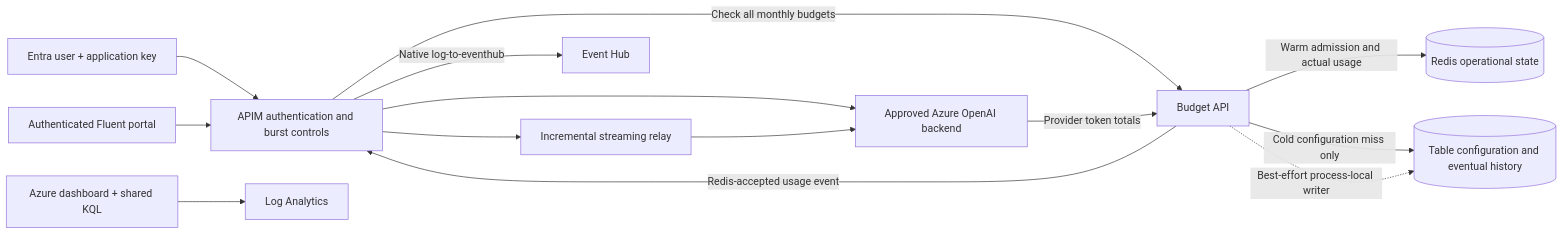
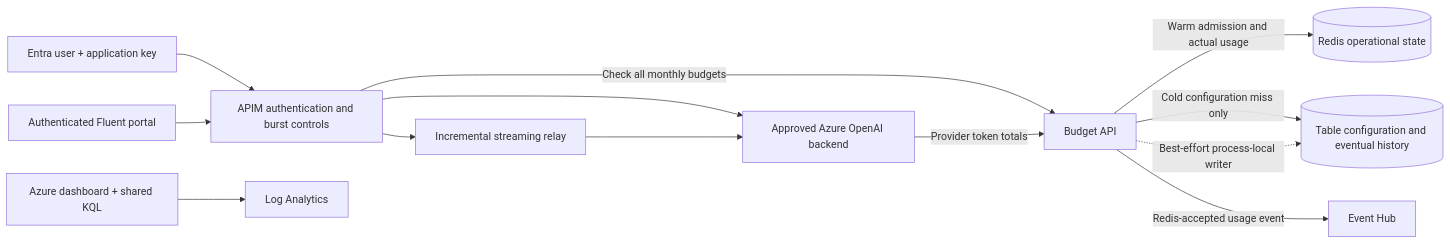
The diagram in README.md (jordanbean-msft/apim-rate-limit-foundry), drawn with Mermaid before and after one commit. The commit also changed other lines of this file and 14 other files, not shown here.

First line of the commit message:
docs: describe Function-side Event Hub export and GatewayServices; update diagrams

````diff
--- a/README.md
+++ b/README.md
@@ -29,16 +30,15 @@
 ```mermaid
 flowchart LR
     U[Entra user + application key] --> A[APIM authentication and burst controls]
     A -->|Check all monthly budgets| F[Budget API]
     F -->|Warm admission and actual usage| R[(Redis operational state)]
     F -->|Cold configuration miss only| T[(Table configuration and eventual history)]
     F -.->|Best-effort process-local writer| T
     A --> O[Approved Azure OpenAI backend]
     A --> S[Incremental streaming relay]
     S --> O
     O -->|Provider token totals| F
-    F -->|Redis-accepted usage event| A
-    A -->|Native log-to-eventhub| E[Event Hub]
+    F -->|Redis-accepted usage event| E[Event Hub]
     P[Authenticated Fluent portal] --> A
     D[Azure dashboard + shared KQL] --> L[Log Analytics]
 ```
````
